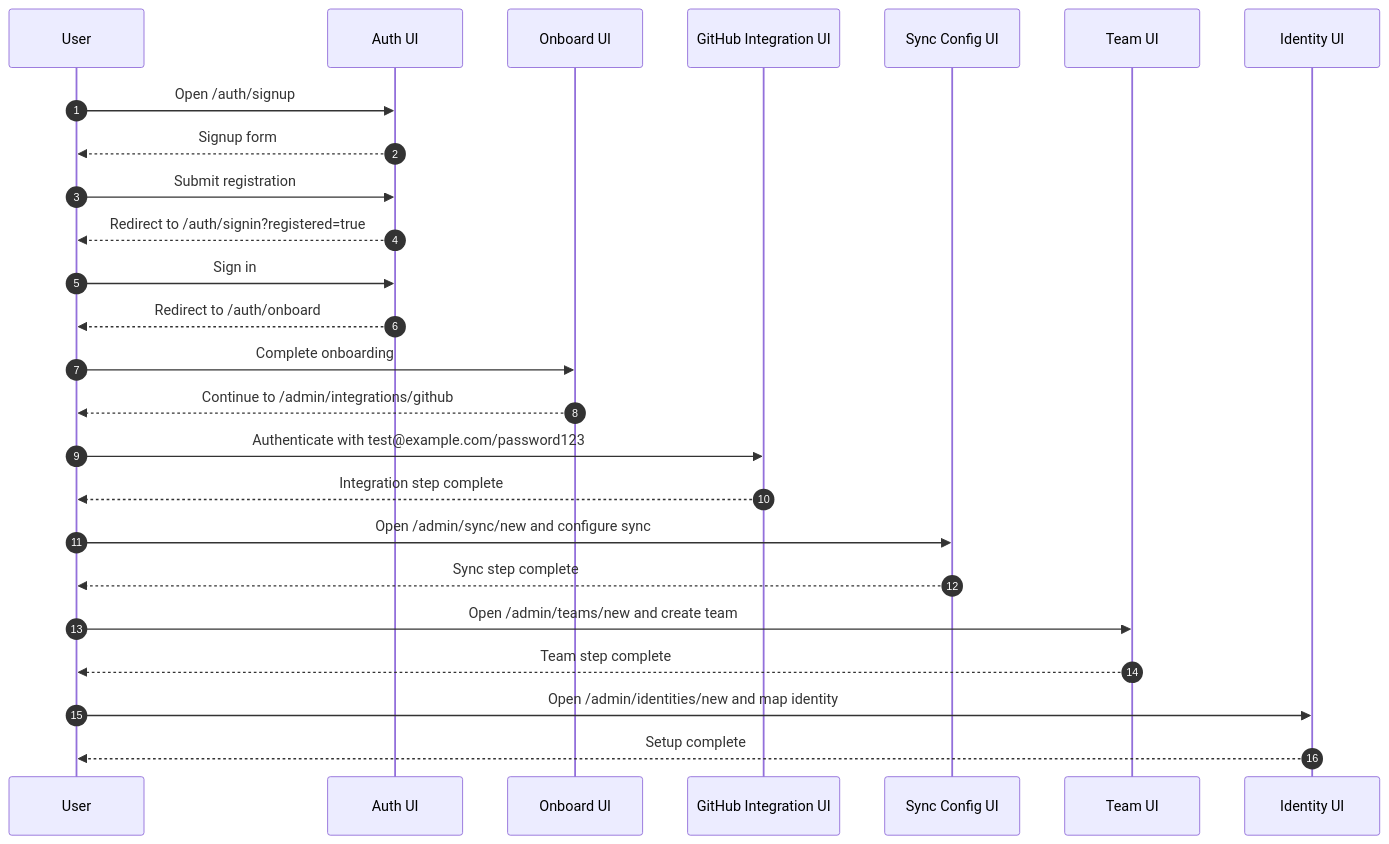
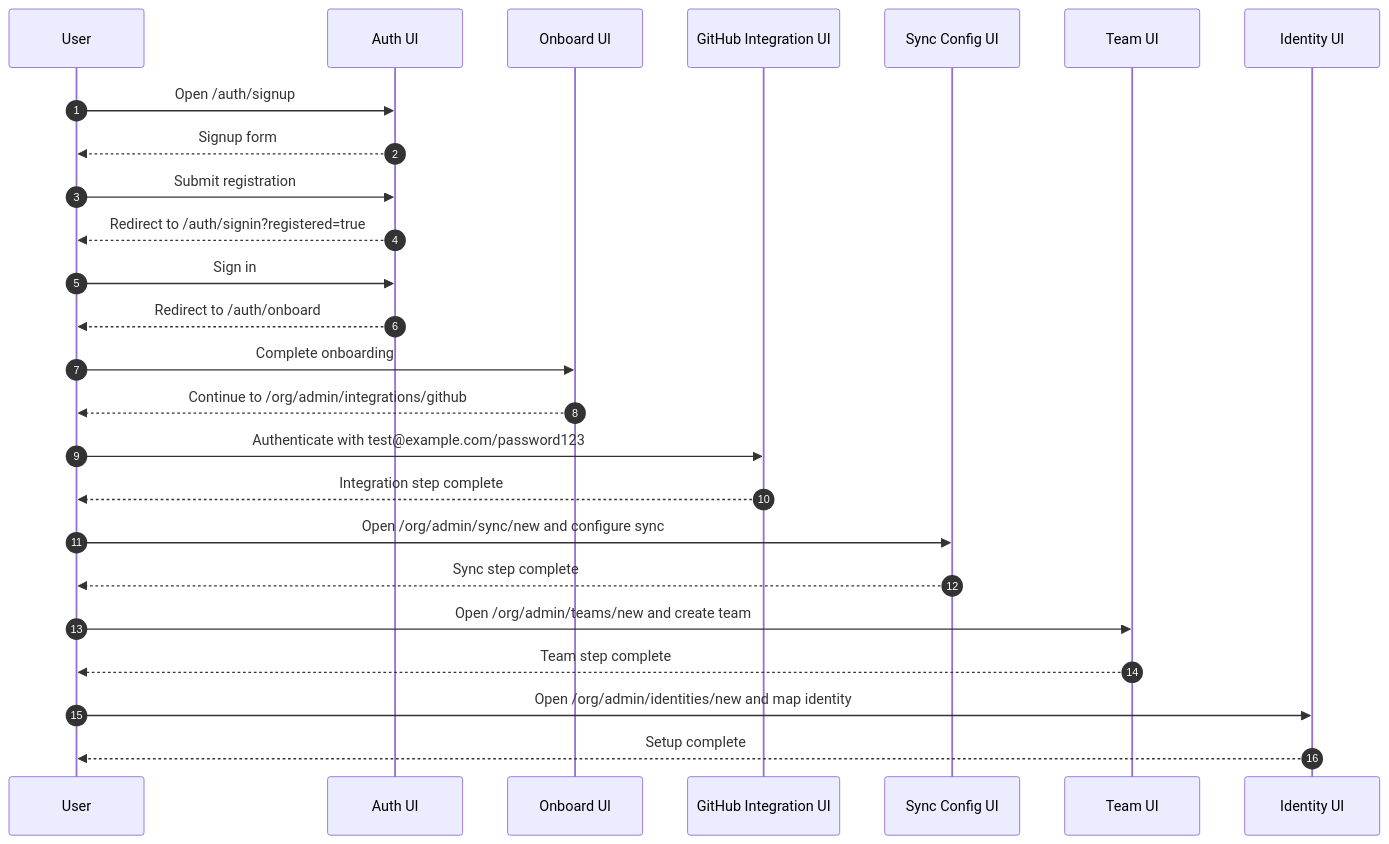
Before and after one commit to full-chaos/dev-health-web: the second of 2 diagrams in docs/testing/e2e-specs/onboarding.md, drawn with Mermaid. The commit also changed other lines of this file and 14 other files, not shown here.

````diff
--- a/docs/testing/e2e-specs/onboarding.md
+++ b/docs/testing/e2e-specs/onboarding.md
@@ -97,27 +97,27 @@
 ```mermaid
 sequenceDiagram
     autonumber
     participant U as User
     participant A as Auth UI
     participant O as Onboard UI
     participant GI as GitHub Integration UI
     participant SY as Sync Config UI
     participant TM as Team UI
     participant ID as Identity UI
     U->>A: Open /auth/signup
     A-->>U: Signup form
     U->>A: Submit registration
     A-->>U: Redirect to /auth/signin?registered=true
     U->>A: Sign in
     A-->>U: Redirect to /auth/onboard
     U->>O: Complete onboarding
-    O-->>U: Continue to /admin/integrations/github
+    O-->>U: Continue to /org/admin/integrations/github
     U->>GI: Authenticate with test@example.com/password123
     GI-->>U: Integration step complete
-    U->>SY: Open /admin/sync/new and configure sync
+    U->>SY: Open /org/admin/sync/new and configure sync
     SY-->>U: Sync step complete
-    U->>TM: Open /admin/teams/new and create team
+    U->>TM: Open /org/admin/teams/new and create team
     TM-->>U: Team step complete
-    U->>ID: Open /admin/identities/new and map identity
+    U->>ID: Open /org/admin/identities/new and map identity
     ID-->>U: Setup complete
 ```
````
